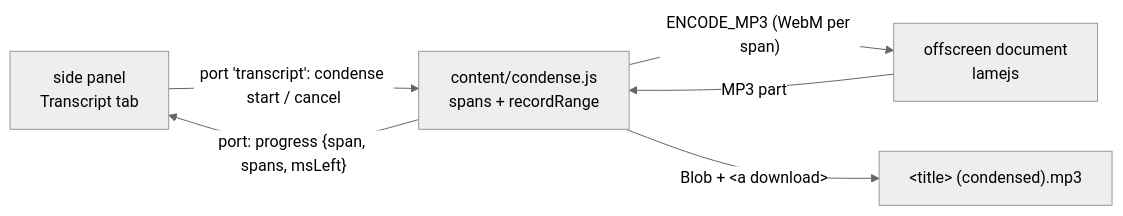
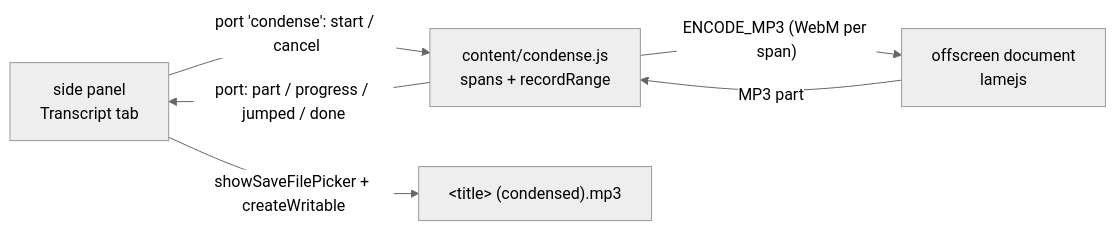
Before and after one commit to JarvisSan22/Cyber-timetracker: the fourth of 4 diagrams in docs/EXTENSION_DESIGN.md, drawn with Mermaid (neutral theme). The commit also changed other lines of this file and 5 other files, not shown here.

````diff
--- a/docs/EXTENSION_DESIGN.md
+++ b/docs/EXTENSION_DESIGN.md
@@ -532,8 +537,8 @@
 ```mermaid
 flowchart LR
-    panel["side panel<br/>Transcript tab"] -- "port 'transcript': condense start / cancel" --> content["content/condense.js<br/>spans + recordRange"]
-    content -- "port: progress {span, spans, msLeft}" --> panel
+    panel["side panel<br/>Transcript tab"] -- "port 'condense': start / cancel" --> content["content/condense.js<br/>spans + recordRange"]
     content -- "ENCODE_MP3 (WebM per span)" --> offscreen["offscreen document<br/>lamejs"]
     offscreen -- "MP3 part" --> content
-    content -- "Blob + &lt;a download&gt;" --> file["&lt;title&gt; (condensed).mp3"]
+    content -- "port: part / progress / jumped / done" --> panel
+    panel -- "showSaveFilePicker + createWritable" --> file["&lt;title&gt; (condensed).mp3"]
 ```
````
